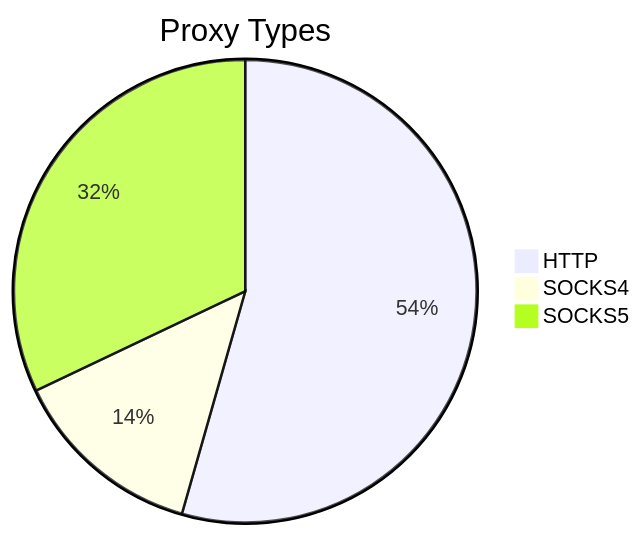
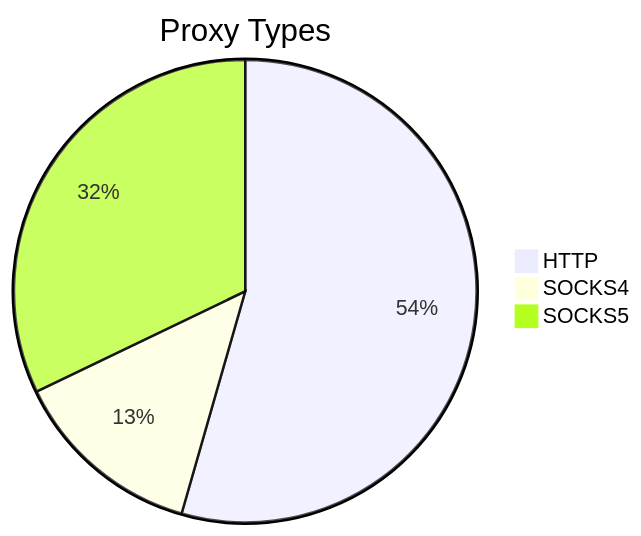
The first of 2 diagrams in README.md (stormsia/proxy-list), drawn with Mermaid before and after one commit. The commit also changed other lines of this file, not shown here.

````diff
--- a/README.md
+++ b/README.md
@@ -21,6 +21,6 @@
 ```mermaid
 pie title Proxy Types
-    "HTTP" : 185
-    "SOCKS4" : 46
-    "SOCKS5" : 109
+    "HTTP" : 227
+    "SOCKS4" : 56
+    "SOCKS5" : 134
 ```
````
